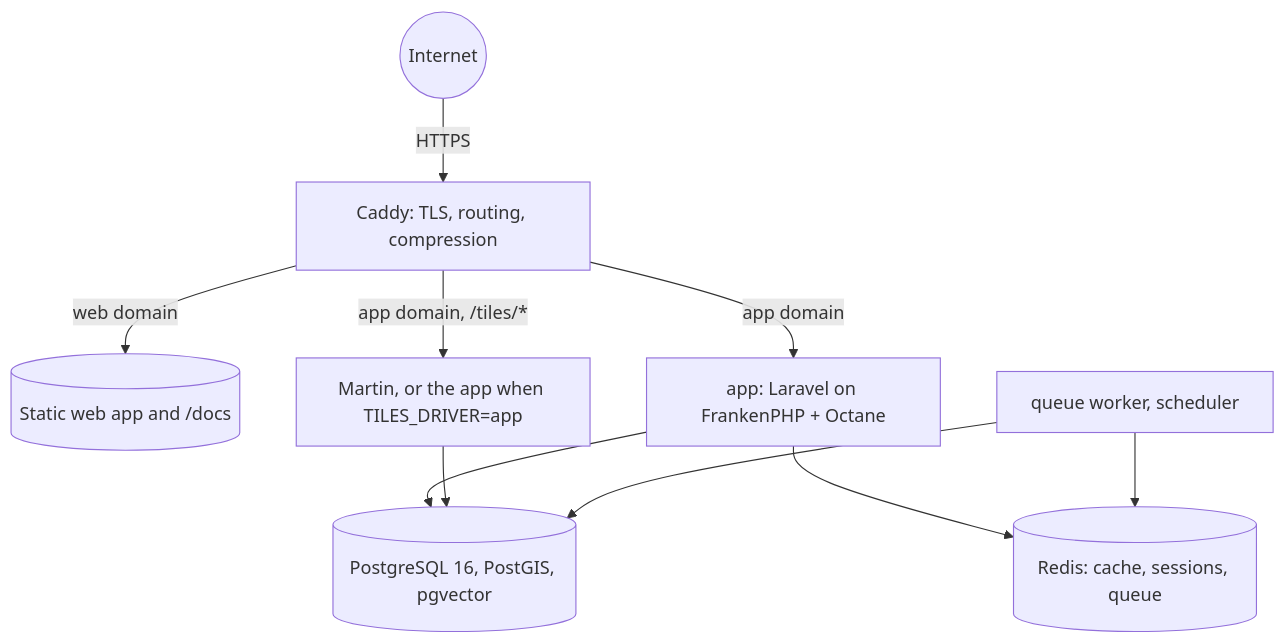
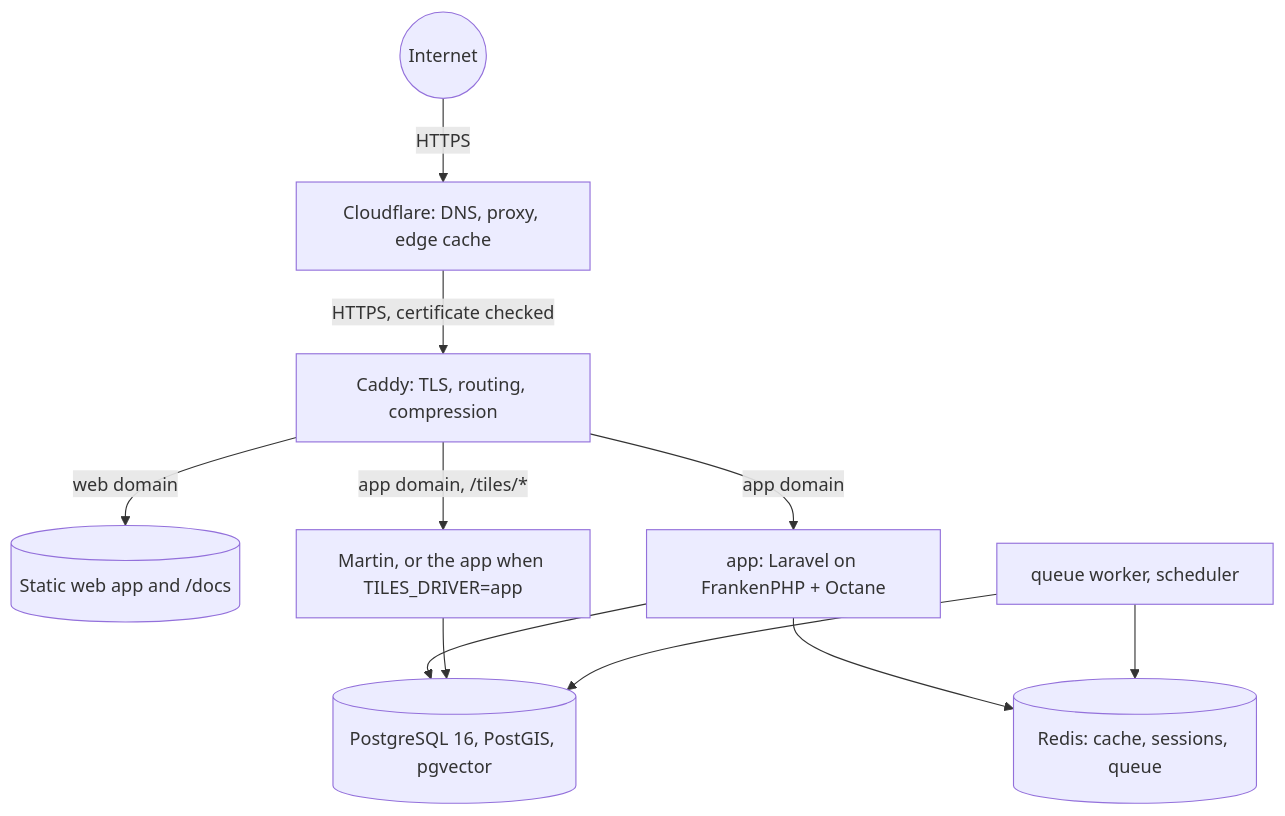
The first of 3 diagrams in docs/architecture/deployment.md (PickleSoda/history-mapped), drawn with Mermaid before and after one commit. The commit also changed other lines of this file and 2 other files, not shown here.

First line of the commit message:
fix(deploy): keep the service worker out of Cloudflare's cache; document the proxy

````diff
--- a/docs/architecture/deployment.md
+++ b/docs/architecture/deployment.md
@@ -16,12 +17,13 @@
 ```mermaid
 flowchart TB
-    U((Internet)) -->|"HTTPS"| C["Caddy: TLS, routing, compression"]
+    U((Internet)) -->|"HTTPS"| CF["Cloudflare: DNS, proxy, edge cache"]
+    CF -->|"HTTPS, certificate checked"| C["Caddy: TLS, routing, compression"]
     C -->|"web domain"| W[("Static web app and /docs")]
     C -->|"app domain"| A["app: Laravel on FrankenPHP + Octane"]
     C -->|"app domain, /tiles/*"| M["Martin, or the app when TILES_DRIVER=app"]
     A --> DB[("PostgreSQL 16, PostGIS, pgvector")]
     A --> R[("Redis: cache, sessions, queue")]
     M --> DB
     QS["queue worker, scheduler"] --> DB
     QS --> R
 ```
````
